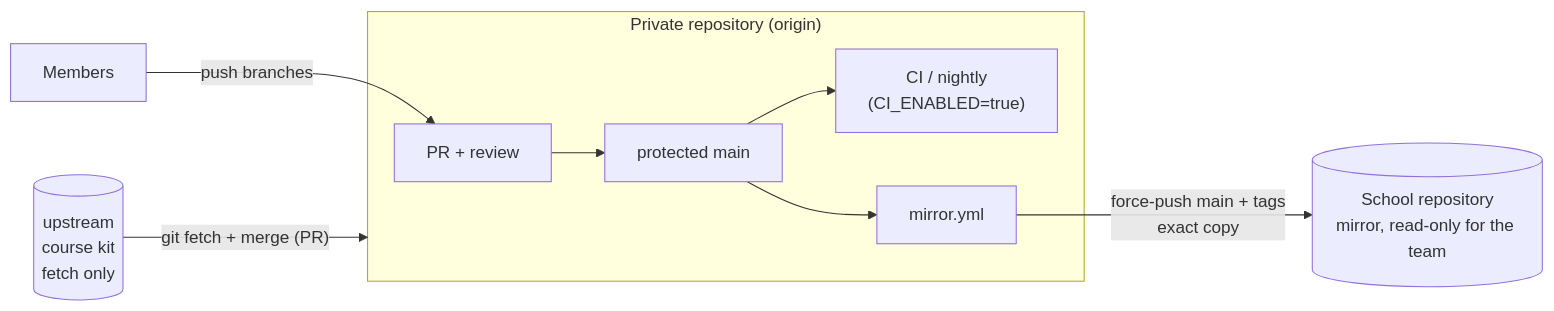
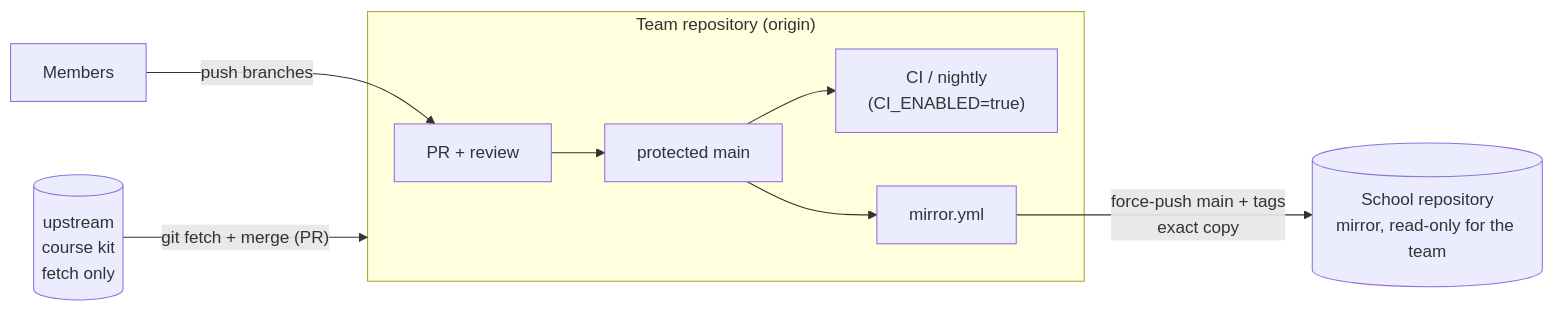
The diagram in docs/project/16_mirroring_school_repo.md (FoxaxeWasTaken/Robotics), drawn with Mermaid before and after one commit. The commit also changed other lines of this file and 9 other files, not shown here.

````diff
--- a/docs/project/16_mirroring_school_repo.md
+++ b/docs/project/16_mirroring_school_repo.md
@@ -11,11 +11,11 @@
 ```mermaid
 flowchart LR
   U[("upstream<br/>course kit<br/>fetch only")] -- "git fetch + merge (PR)" --> P
-  subgraph P["Private repository (origin)"]
+  subgraph P["Team repository (origin)"]
     PR["PR + review"] --> M["protected main"]
     M --> CI["CI / nightly<br/>(CI_ENABLED=true)"]
     M --> MW["mirror.yml"]
   end
   MW -- "force-push main + tags<br/>exact copy" --> S[("School repository<br/>mirror, read-only for the team")]
   DEV["Members"] -- "push branches" --> PR
 ```
````
